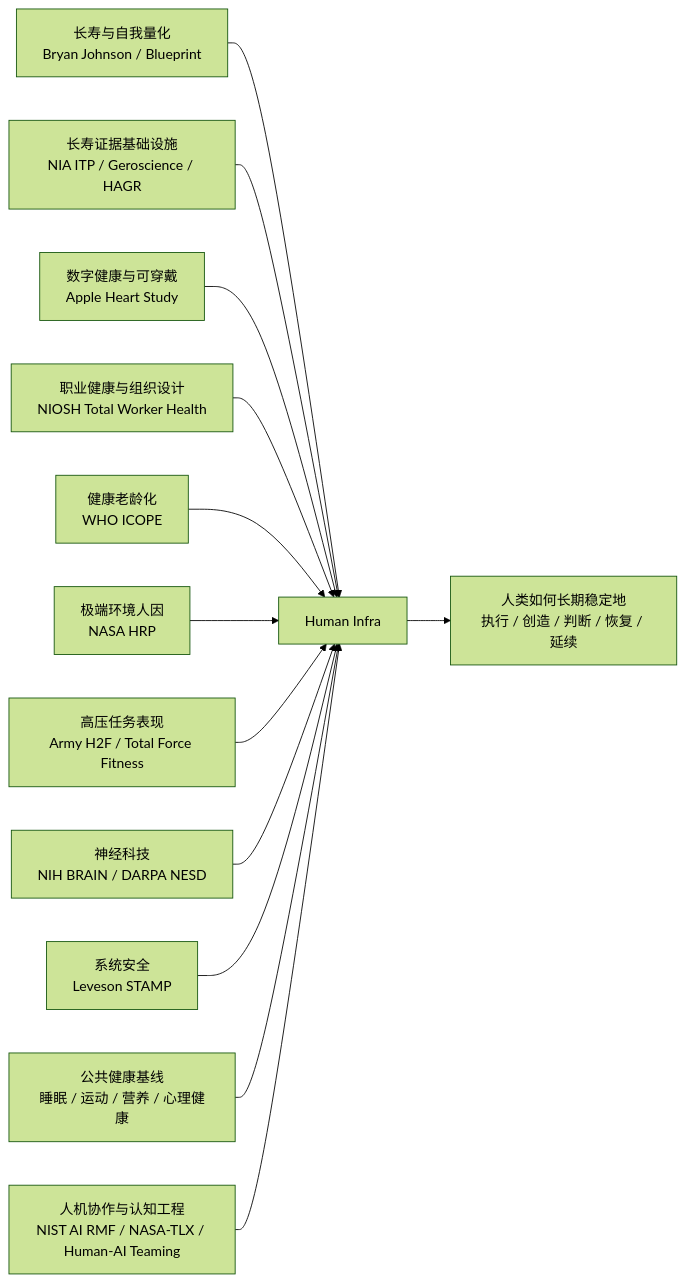
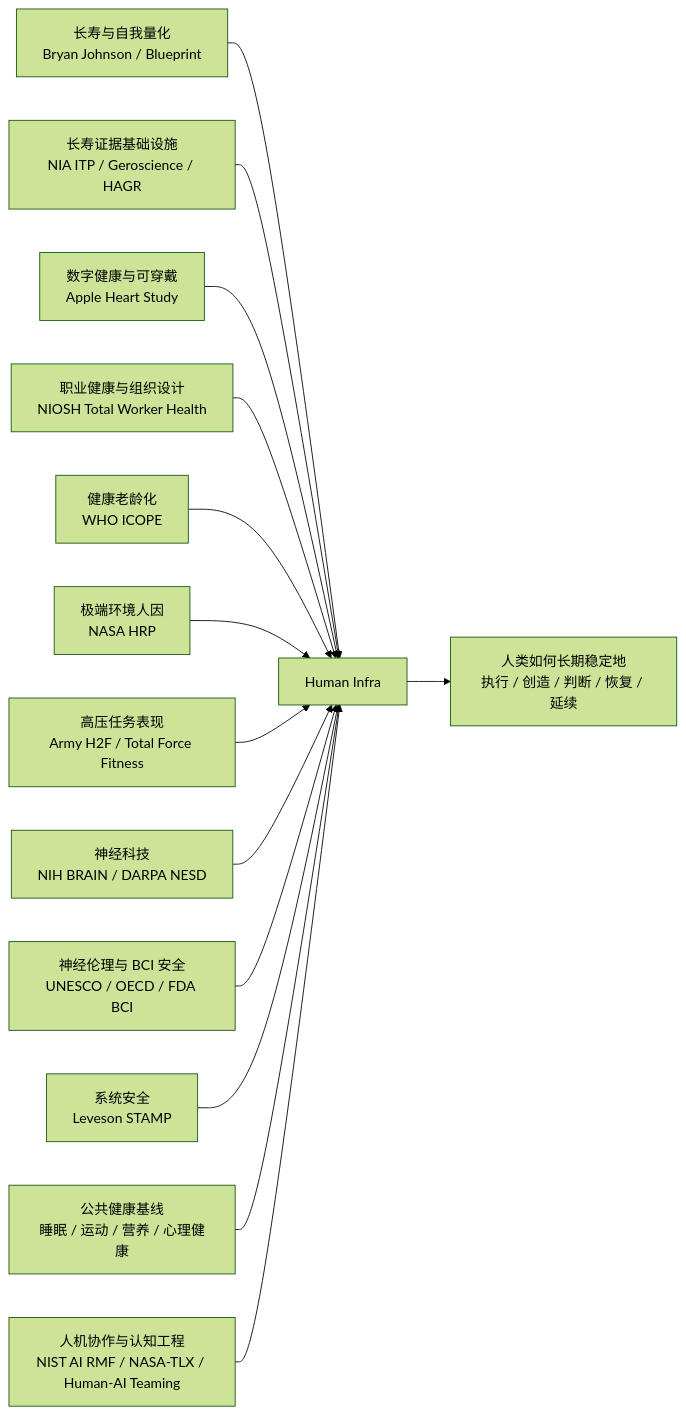
The first of 4 diagrams in README.md (123olp/ys), drawn with Mermaid (forest theme) before and after one commit. The commit also changed other lines of this file and 2 other files, not shown here.

Commit message:
docs: add neuroethics and bci safety evidence

````diff
--- a/README.md
+++ b/README.md
@@ -22,16 +22,17 @@
 ```mermaid
 flowchart LR
     A[长寿与自我量化<br/>Bryan Johnson / Blueprint] --> H[Human Infra]
     L[长寿证据基础设施<br/>NIA ITP / Geroscience / HAGR] --> H
     B[数字健康与可穿戴<br/>Apple Heart Study] --> H
     C[职业健康与组织设计<br/>NIOSH Total Worker Health] --> H
     D[健康老龄化<br/>WHO ICOPE] --> H
     E[极端环境人因<br/>NASA HRP] --> H
     F[高压任务表现<br/>Army H2F / Total Force Fitness] --> H
     G[神经科技<br/>NIH BRAIN / DARPA NESD] --> H
+    N[神经伦理与 BCI 安全<br/>UNESCO / OECD / FDA BCI] --> H
     I[系统安全<br/>Leveson STAMP] --> H
     K[公共健康基线<br/>睡眠 / 运动 / 营养 / 心理健康] --> H
     M[人机协作与认知工程<br/>NIST AI RMF / NASA-TLX / Human-AI Teaming] --> H
 
     H --> J[人类如何长期稳定地<br/>执行 / 创造 / 判断 / 恢复 / 延续]
 ```
````
